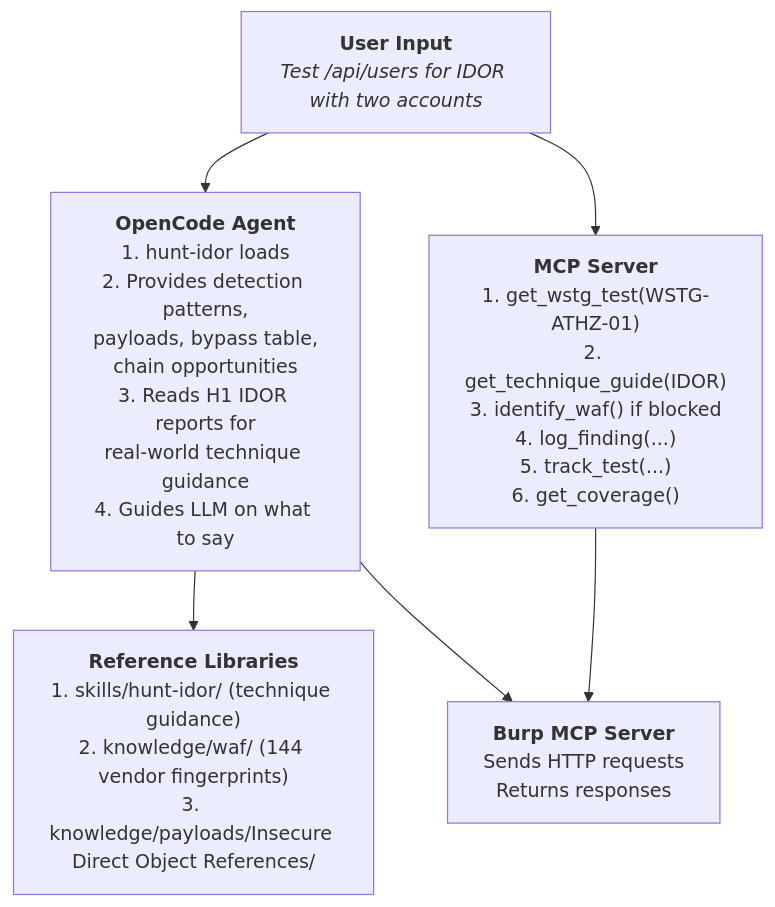
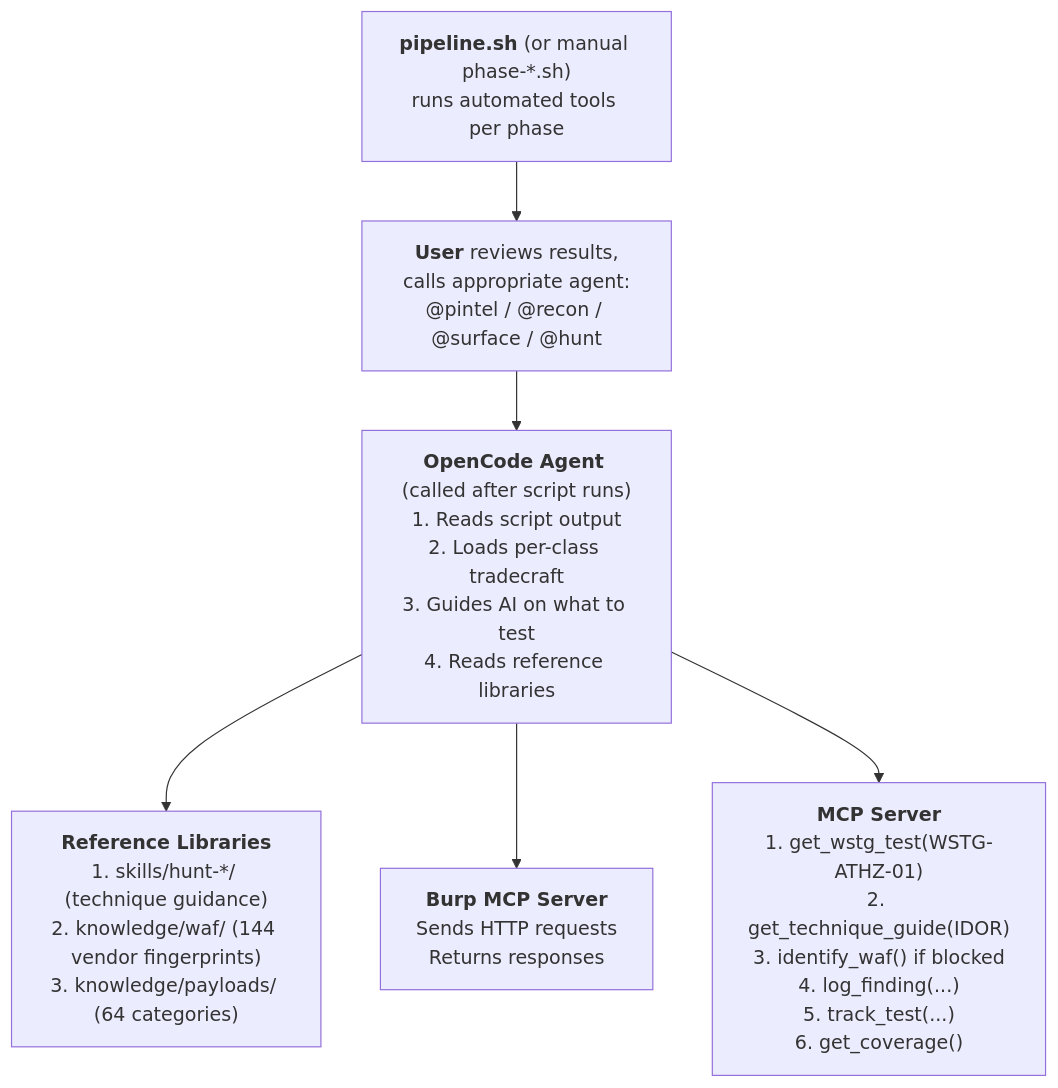
One commit to manojxshrestha/dristi changed the third of 3 diagrams in docs/pipeline.md. Above: the diagram before and after it, drawn with Mermaid. The commit also changed other lines of this file and 18 other files, not shown here.

First line of the commit message:
Add phase scripts: scope, auth, recon, surface, hunt, deepthink, exploit, search, capture, validate, report + phase_gate.sh

````diff
--- a/docs/pipeline.md
+++ b/docs/pipeline.md
@@ -393,37 +346,38 @@
 ```mermaid
 graph TB
-    User["`**User Input**
-    *Test /api/users for IDOR with two accounts*`"]
+    Pipeline["`**pipeline.sh** (or manual phase-*.sh)
+    runs automated tools per phase`"]
 
-    Agent["`**OpenCode Agent**
-    1. hunt-idor loads
-    2. Provides detection patterns,
-       payloads, bypass table,
-       chain opportunities
-    3. Reads H1 IDOR reports for
-       real-world technique guidance
-    4. Guides LLM on what to say`"]
+    Agent["`**OpenCode Agent** (called after script runs)
+    1. Reads script output
+    2. Loads per-class tradecraft
+    3. Guides AI on what to test
+    4. Reads reference libraries`"]
+
+    User["`**User** reviews results,
+    calls appropriate agent:
+    @pintel / @recon / @surface / @hunt`"]
 
     MCP["`**MCP Server**
     1. get_wstg_test(WSTG-ATHZ-01)
     2. get_technique_guide(IDOR)
     3. identify_waf() if blocked
     4. log_finding(...)
     5. track_test(...)
     6. get_coverage()`"]
 
-    Refs["`**Reference Libraries**
-    1. skills/hunt-idor/ (technique guidance)
-    2. knowledge/waf/ (144 vendor fingerprints)
-    3. knowledge/payloads/Insecure Direct Object References/`"]
-
     Burp["`**Burp MCP Server**
     Sends HTTP requests
     Returns responses`"]
 
+    Refs["`**Reference Libraries**
+    1. skills/hunt-*/ (technique guidance)
+    2. knowledge/waf/ (144 vendor fingerprints)
+    3. knowledge/payloads/ (64 categories)`"]
+
+    Pipeline --> User
     User --> Agent
-    User --> MCP
     Agent --> Refs
     Agent --> Burp
-    MCP --> Burp
+    Agent --> MCP
 ```
````
